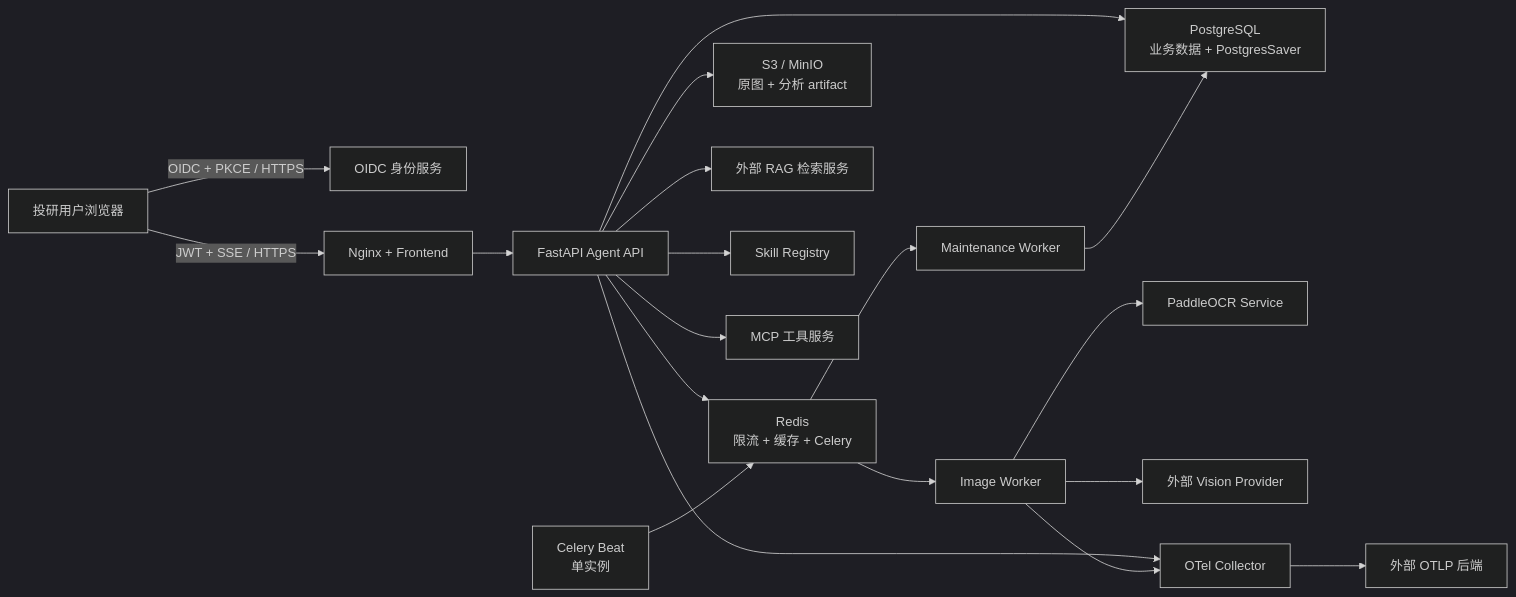
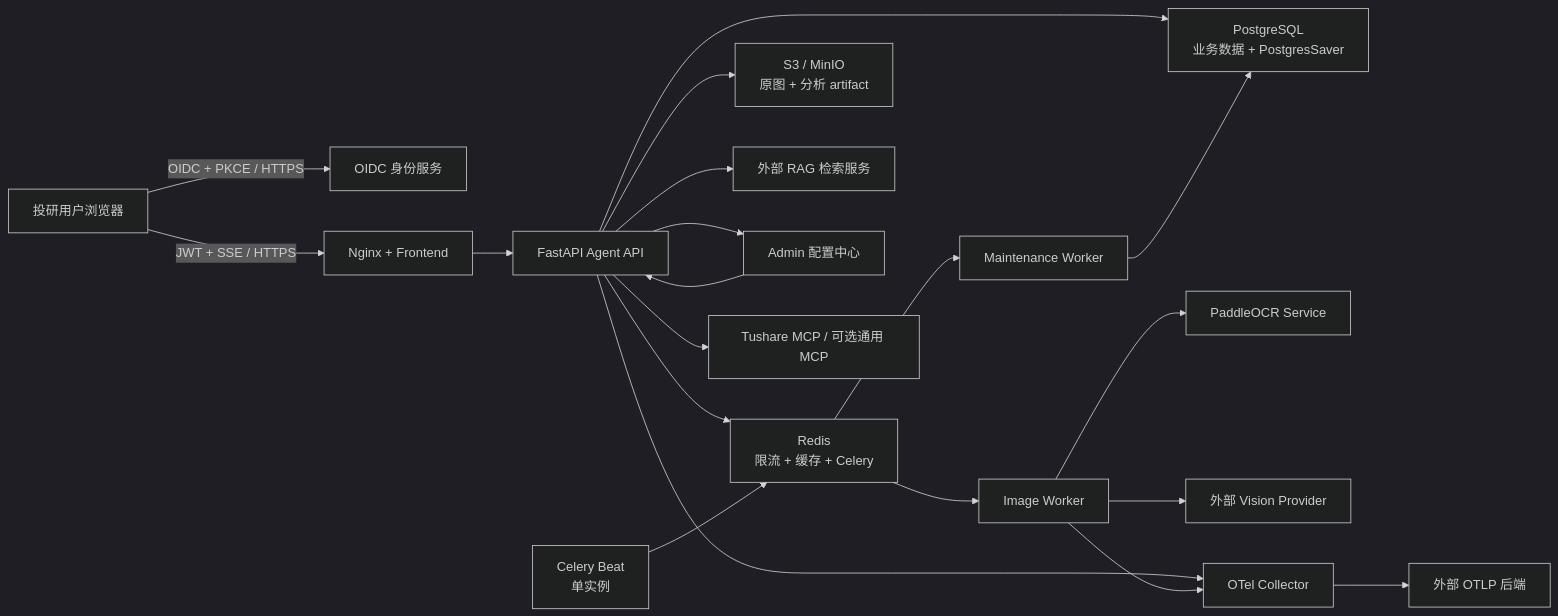
Before and after one commit to GaryLuckyNi/BsAgent: the diagram in docs/production-deployment.md, drawn with Mermaid (dark theme). The commit also changed other lines of this file and 22 other files, not shown here.

Commit message:
feat: manage Tushare MCP connection in admin

````diff
--- a/docs/production-deployment.md
+++ b/docs/production-deployment.md
@@ -7,21 +7,22 @@
 ```mermaid
 flowchart LR
     U["投研用户浏览器"] -->|"OIDC + PKCE / HTTPS"| IDP["OIDC 身份服务"]
     U -->|"JWT + SSE / HTTPS"| FE["Nginx + Frontend"]
     FE --> API["FastAPI Agent API"]
     API --> PG["PostgreSQL\n业务数据 + PostgresSaver"]
     API --> REDIS["Redis\n限流 + 缓存 + Celery"]
     API --> S3["S3 / MinIO\n原图 + 分析 artifact"]
     API --> RAG["外部 RAG 检索服务"]
-    API --> SKILL["Skill Registry"]
-    API --> MCP["MCP 工具服务"]
+    API --> ADMIN["Admin 配置中心"]
+    ADMIN --> API
+    API --> MCP["Tushare MCP / 可选通用 MCP"]
     REDIS --> WORKER["Image Worker"]
     REDIS --> MAINT["Maintenance Worker"]
     WORKER --> OCR["PaddleOCR Service"]
     WORKER --> VISION["外部 Vision Provider"]
     SCHEDULER["Celery Beat\n单实例"] --> REDIS
     MAINT --> PG
     API --> OTEL["OTel Collector"]
     WORKER --> OTEL
     OTEL --> OBS["外部 OTLP 后端"]
 ```
````
